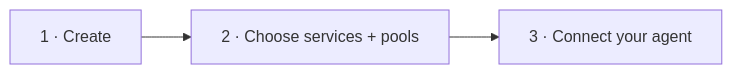
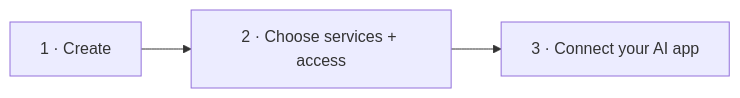
One commit to zackbart/connecta changed the second of 2 diagrams in README.md. Above: the diagram before and after it, drawn with Mermaid. The commit also changed other lines of this file and 9 other files, not shown here.

````diff
--- a/README.md
+++ b/README.md
@@ -62,4 +72,4 @@
 ```mermaid
 flowchart LR
-    Create["1 · Create"] --> Configure["2 · Choose services + pools"] --> Connect["3 · Connect your agent"]
+    Create["1 · Create"] --> Configure["2 · Choose services + access"] --> Connect["3 · Connect your AI app"]
 ```
````
